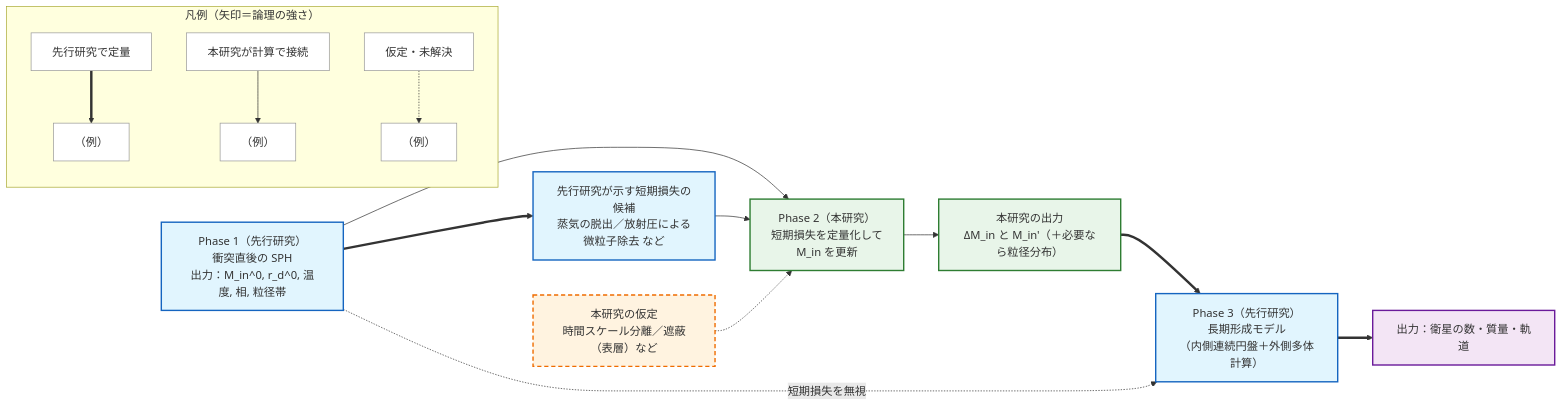
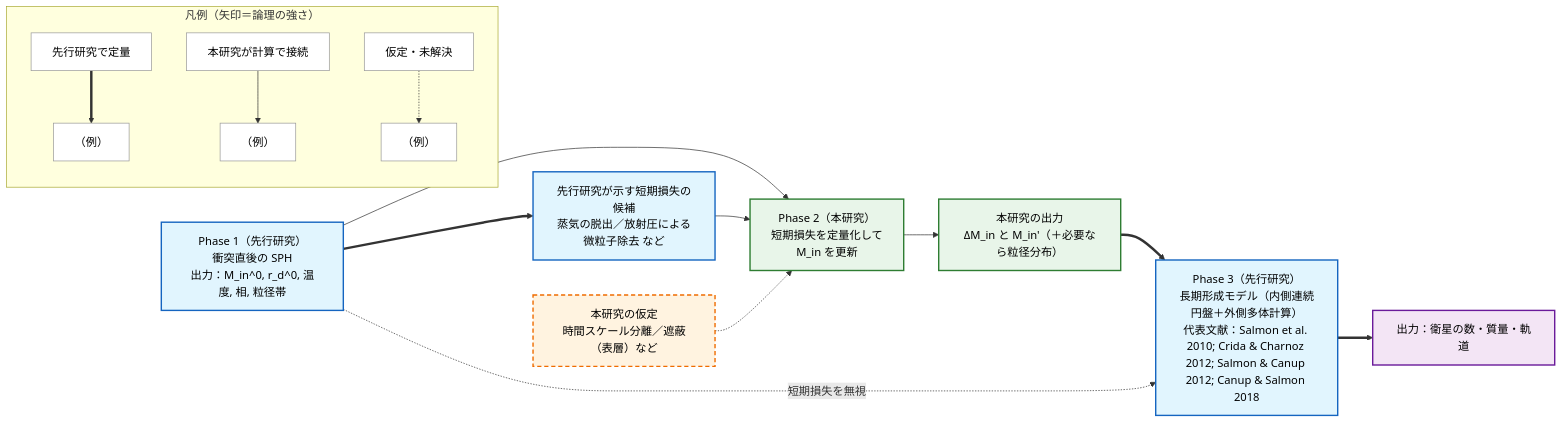
The first of 3 diagrams in analysis/introduction.md (Einfeld686/MarsDiskSimulation), drawn with Mermaid before and after one commit. The commit also changed other lines of this file, not shown here.

````diff
--- a/analysis/introduction.md
+++ b/analysis/introduction.md
@@ -73,40 +77,40 @@
 ```mermaid
 flowchart LR
     %% ===== styles =====
-    classDef prior fill:#e1f5fe,stroke:#1565c0,stroke-width:2px;
-    classDef assume fill:#fff3e0,stroke:#ef6c00,stroke-width:2px,stroke-dasharray: 6 4;
-    classDef this fill:#e8f5e9,stroke:#2e7d32,stroke-width:2px;
-    classDef downstream fill:#f3e5f5,stroke:#6a1b9a,stroke-width:2px;
-    classDef legend fill:#ffffff,stroke:#999,stroke-width:1px;
+    classDef prior fill:#e1f5fe,stroke:#1565c0,stroke-width:2px,color:#000;
+    classDef assume fill:#fff3e0,stroke:#ef6c00,stroke-width:2px,stroke-dasharray: 6 4,color:#000;
+    classDef this fill:#e8f5e9,stroke:#2e7d32,stroke-width:2px,color:#000;
+    classDef downstream fill:#f3e5f5,stroke:#6a1b9a,stroke-width:2px,color:#000;
+    classDef legend fill:#ffffff,stroke:#999,stroke-width:1px,color:#000;
 
     %% ===== Legend =====
     subgraph LEG["凡例（矢印＝論理の強さ）"]
       direction TB
       LG1["先行研究で定量"]:::legend ==> LG2["（例）"]:::legend
       LG3["本研究が計算で接続"]:::legend --> LG4["（例）"]:::legend
       LG5["仮定・未解決"]:::legend -.-> LG6["（例）"]:::legend
     end
 
     %% ===== Main flow =====
     SPH["Phase 1（先行研究）<br/>衝突直後の SPH<br/>出力：M_in^0, r_d^0, 温度, 相, 粒径帯"]:::prior
     LIT["先行研究が示す短期損失の候補<br/>蒸気の脱出／放射圧による微粒子除去 など"]:::prior
 
     P2A["本研究の仮定<br/>時間スケール分離／遮蔽（表層）など"]:::assume
     P2["Phase 2（本研究）<br/>短期損失を定量化して<br/>M_in を更新"]:::this
     OUT2["本研究の出力<br/>ΔM_in と M_in'（＋必要なら粒径分布）"]:::this
 
-    P3["Phase 3（先行研究）<br/>長期形成モデル<br/>（内側連続円盤＋外側多体計算）"]:::prior
+    P3["Phase 3（先行研究）<br/>長期形成モデル（内側連続円盤＋外側多体計算）<br/>代表文献：Salmon et al. 2010; Crida & Charnoz 2012; Salmon & Canup 2012; Canup & Salmon 2018"]:::prior
     OUT3["出力：衛星の数・質量・軌道"]:::downstream
 
     %% links
     SPH ==> LIT
     SPH --> P2
     LIT --> P2
     P2A -.-> P2
     P2 --> OUT2
     OUT2 ==> P3
     P3 ==> OUT3
 
     %% conventional shortcut
     SPH -.->|短期損失を無視| P3
 ```
````
